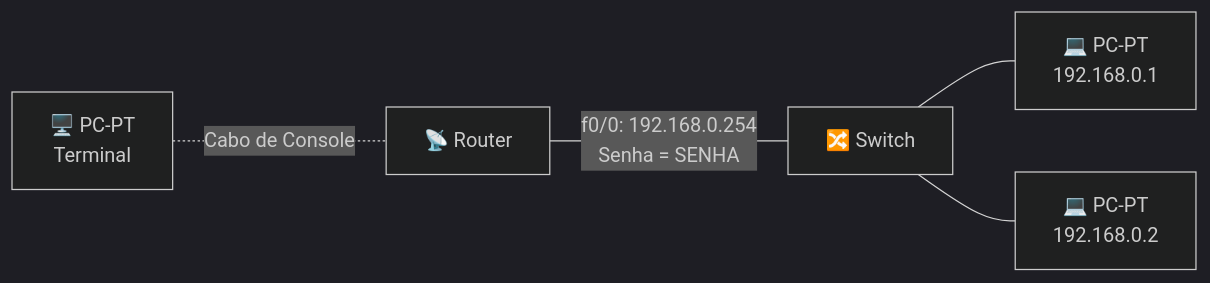
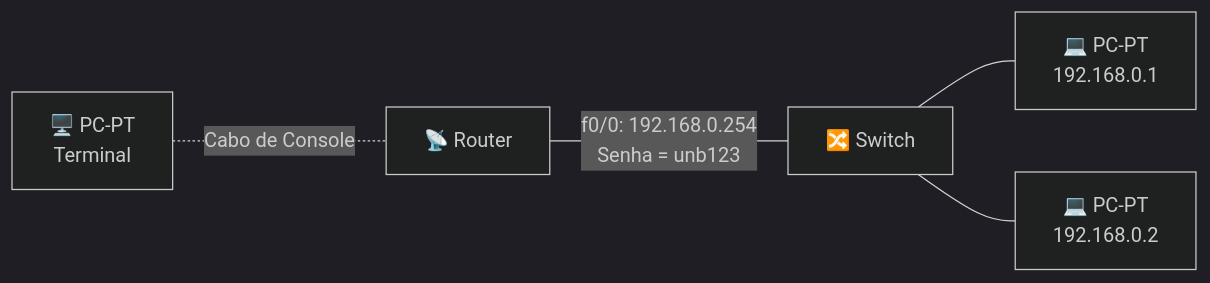
The diagram in labs/lab02.md (oficialvzi/PTR), drawn with Mermaid (dark theme) before and after one commit. The commit also changed other lines of this file, not shown here.

````diff
--- a/labs/lab02.md
+++ b/labs/lab02.md
@@ -47,7 +47,7 @@
 ```mermaid
 flowchart LR
     T["🖥️ PC-PT<br>Terminal"] -. Cabo de Console .- R["📡 Router"]
-    R -- "f0/0: 192.168.0.254<br>Senha = SENHA" --- S["🔀 Switch"]
+    R -- "f0/0: 192.168.0.254<br>Senha = unb123" --- S["🔀 Switch"]
     S --- PC1["💻 PC-PT<br>192.168.0.1"]
     S --- PC2["💻 PC-PT<br>192.168.0.2"]
 ```
````
